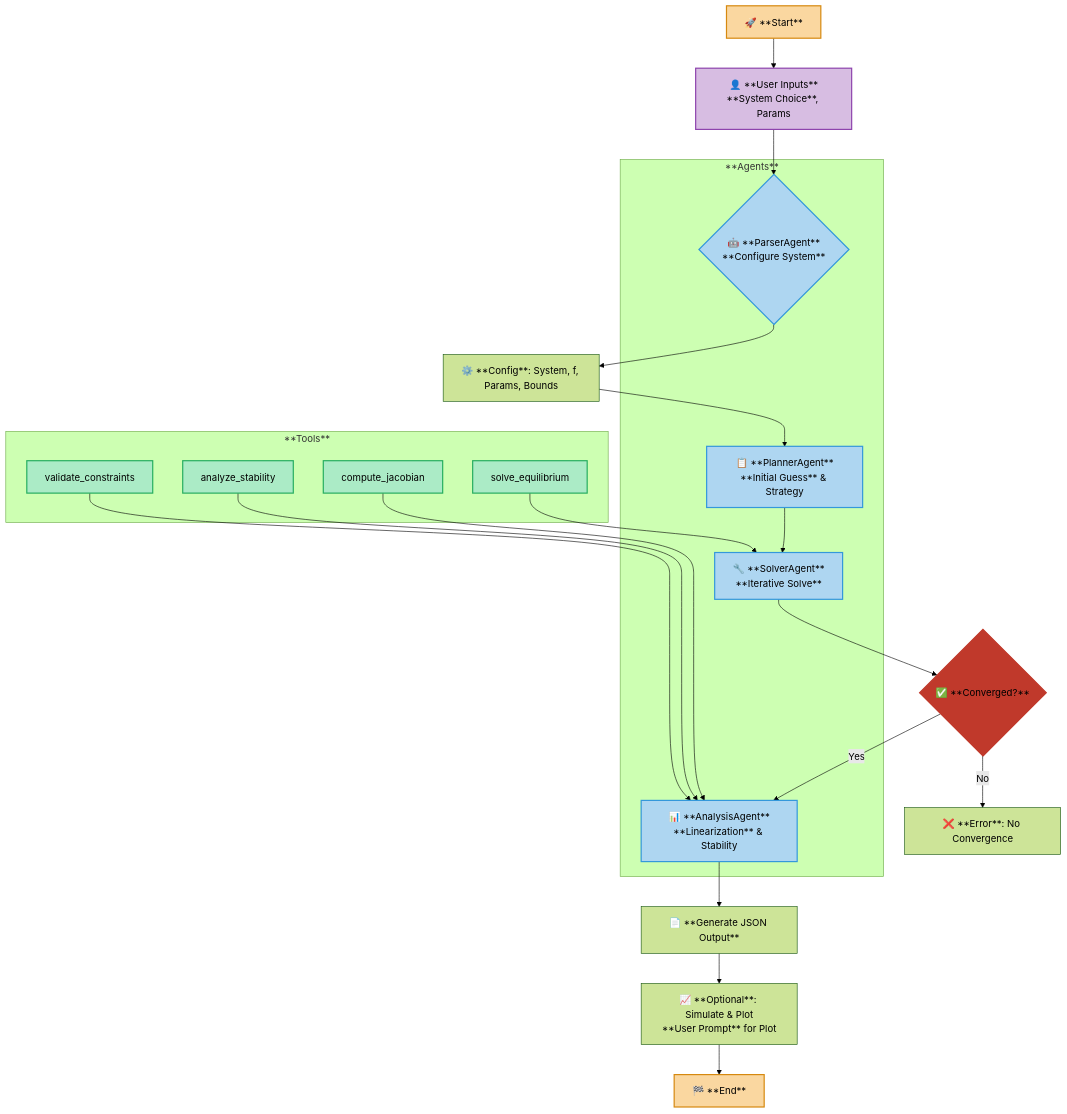
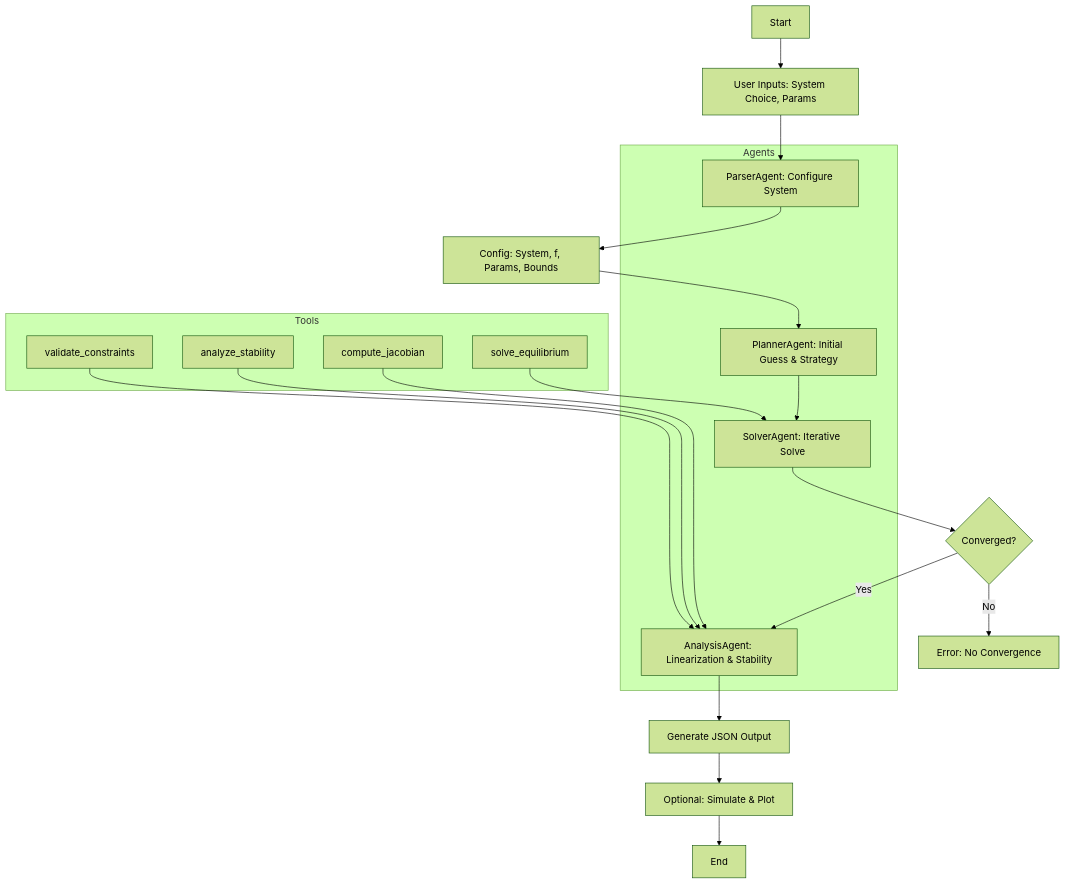
Before and after one commit to mahdisf/agentic-workflow-trimming: the diagram in README.md, drawn with Mermaid (forest theme).

Commit message:
Simplify Mermaid flowchart to ensure GitHub rendering compatibility

````diff
--- a/README.md
+++ b/README.md
@@ -123,40 +123,28 @@
 ```mermaid
 flowchart TD
-    A[🚀 **Start**] --> U[👤 **User Inputs**<br>**System Choice**, Params]
-    U --> B{🤖 **ParserAgent**<br>**Configure System**}
-    B --> C[⚙️ **Config**: System, f, Params, Bounds]
-    C --> D[📋 **PlannerAgent**<br>**Initial Guess** & Strategy]
-    D --> E[🔧 **SolverAgent**<br>**Iterative Solve**]
-    E --> F{✅ **Converged?**}
-    F -->|No| G[❌ **Error**: No Convergence]
-    F -->|Yes| H[📊 **AnalysisAgent**<br>**Linearization** & Stability]
-    H --> I[📄 **Generate JSON Output**]
-    I --> K[📈 **Optional**: Simulate & Plot<br>**User Prompt** for Plot]
-    K --> L[🏁 **End**]
+    A[Start] --> U[User Inputs: System Choice, Params]
+    U --> B[ParserAgent: Configure System]
+    B --> C[Config: System, f, Params, Bounds]
+    C --> D[PlannerAgent: Initial Guess & Strategy]
+    D --> E[SolverAgent: Iterative Solve]
+    E --> F{Converged?}
+    F -->|No| G[Error: No Convergence]
+    F -->|Yes| H[AnalysisAgent: Linearization & Stability]
+    H --> I[Generate JSON Output]
+    I --> K[Optional: Simulate & Plot]
+    K --> L[End]
 
-    subgraph **Agents**
+    subgraph Agents
         B
         D
         E
         H
     end
 
-    subgraph **Tools**
+    subgraph Tools
         T1[solve_equilibrium] --> E
         T2[compute_jacobian] --> H
         T3[analyze_stability] --> H
         T4[validate_constraints] --> H
     end
-
-    classDef agent fill:#AED6F1,stroke:#3498DB,stroke-width:2px,color:#000
-    classDef tool fill:#ABEBC6,stroke:#27AE60,stroke-width:2px,color:#000
-    classDef startend fill:#FAD7A0,stroke:#D68910,stroke-width:2px,color:#000
-    classDef decision fill:#C0392B,stroke:#C0392B,stroke-width:2px,color:#000
-    classDef user fill:#D7BDE2,stroke:#8E44AD,stroke-width:2px,color:#000
-
-    class A,L startend
-    class F decision
-    class B,D,E,H agent
-    class T1,T2,T3,T4 tool
-    class U user
 ```
````
